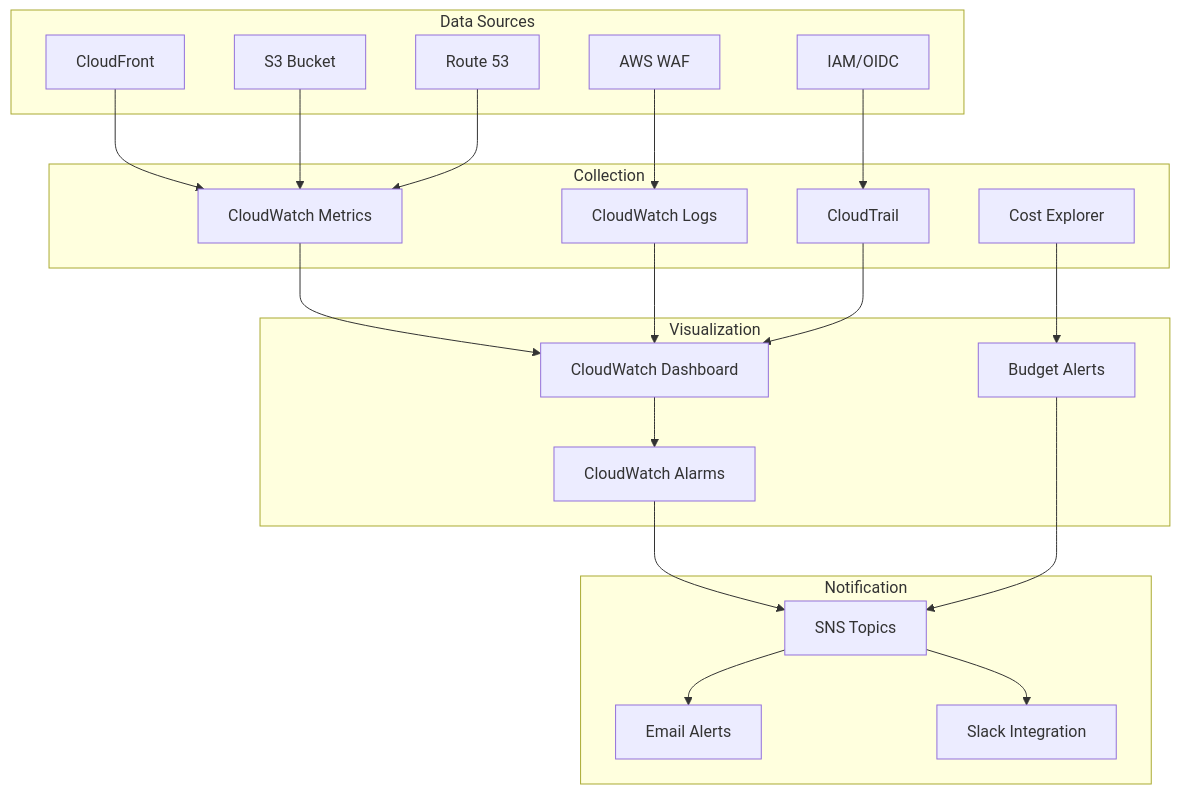
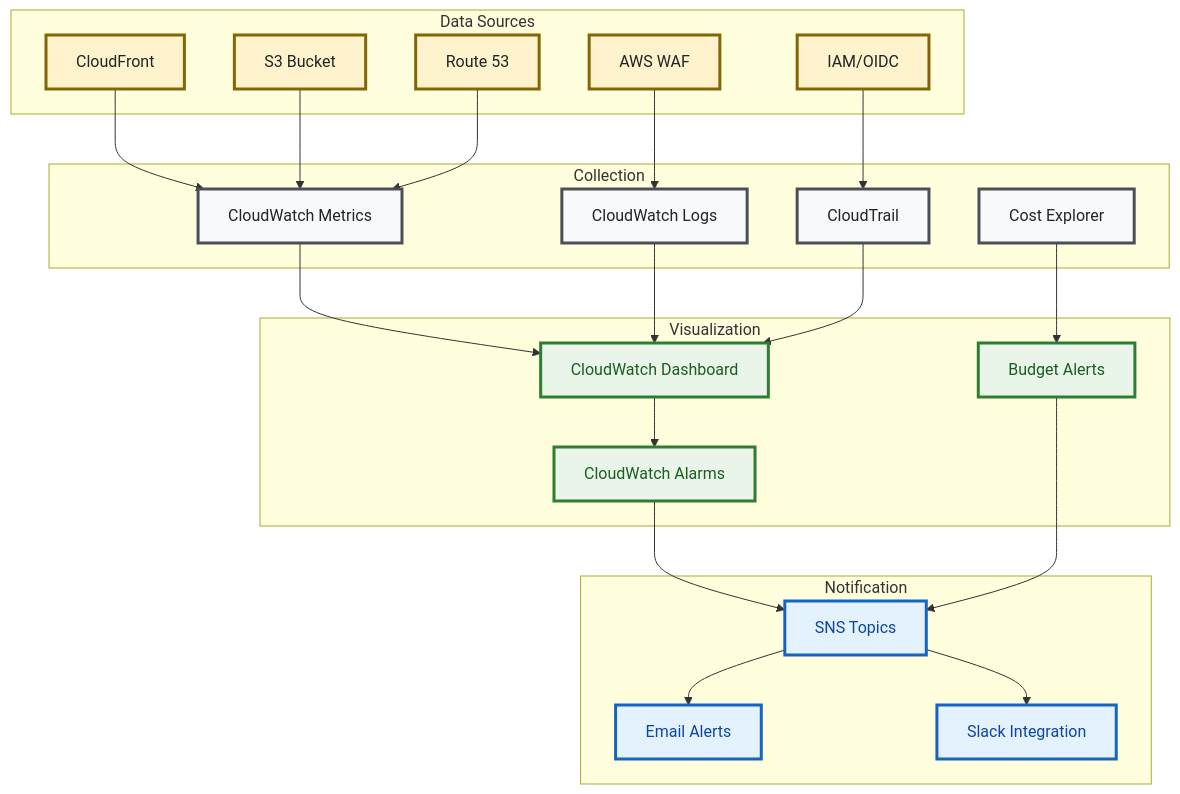
The diagram in docs/monitoring.md (Celtikill/static-site), drawn with Mermaid before and after one commit. The commit also changed 11 other files, not shown here.

````diff
--- a/docs/monitoring.md
+++ b/docs/monitoring.md
@@ -36,47 +36,62 @@
 ```mermaid
 graph TB
+    %% Accessibility
+    accTitle: Observability Stack Architecture
+    accDescr: Shows monitoring architecture with data sources (CloudFront, S3, WAF, Route 53, IAM) feeding into collection services (CloudWatch Metrics, CloudWatch Logs, CloudTrail, Cost Explorer), then visualization tools (CloudWatch Dashboard, CloudWatch Alarms, Budget Alerts), and finally notification systems (SNS Topics, Email Alerts, Slack Integration). Data flows from sources through collection to visualization to notifications.
+    
     subgraph "Data Sources"
         CF[CloudFront]
         S3[S3 Bucket]
         WAF[AWS WAF]
         ROUTE53[Route 53]
         IAM[IAM/OIDC]
     end
     
     subgraph "Collection"
         CW[CloudWatch Metrics]
         CWLOGS[CloudWatch Logs]
         CT[CloudTrail]
         COST[Cost Explorer]
     end
     
     subgraph "Visualization"
         DASH[CloudWatch Dashboard]
         ALERTS[CloudWatch Alarms]
         BUDGET[Budget Alerts]
     end
     
     subgraph "Notification"
         SNS[SNS Topics]
         EMAIL[Email Alerts]
         SLACK[Slack Integration]
     end
     
     CF --> CW
     S3 --> CW
     WAF --> CWLOGS
     ROUTE53 --> CW
     IAM --> CT
     
     CW --> DASH
     CWLOGS --> DASH
     CT --> DASH
     COST --> BUDGET
     
     DASH --> ALERTS
     ALERTS --> SNS
     BUDGET --> SNS
     
     SNS --> EMAIL
     SNS --> SLACK
+    
+    %% High-Contrast Styling for Accessibility
+    classDef sourceBox fill:#fff3cd,stroke:#856404,stroke-width:3px,color:#212529
+    classDef collectionBox fill:#f8f9fa,stroke:#495057,stroke-width:3px,color:#212529
+    classDef visualBox fill:#e8f5e8,stroke:#2e7d32,stroke-width:3px,color:#1b5e20
+    classDef notifyBox fill:#e3f2fd,stroke:#1565c0,stroke-width:3px,color:#0d47a1
+    
+    class CF,S3,WAF,ROUTE53,IAM sourceBox
+    class CW,CWLOGS,CT,COST collectionBox
+    class DASH,ALERTS,BUDGET visualBox
+    class SNS,EMAIL,SLACK notifyBox
 ```
````
